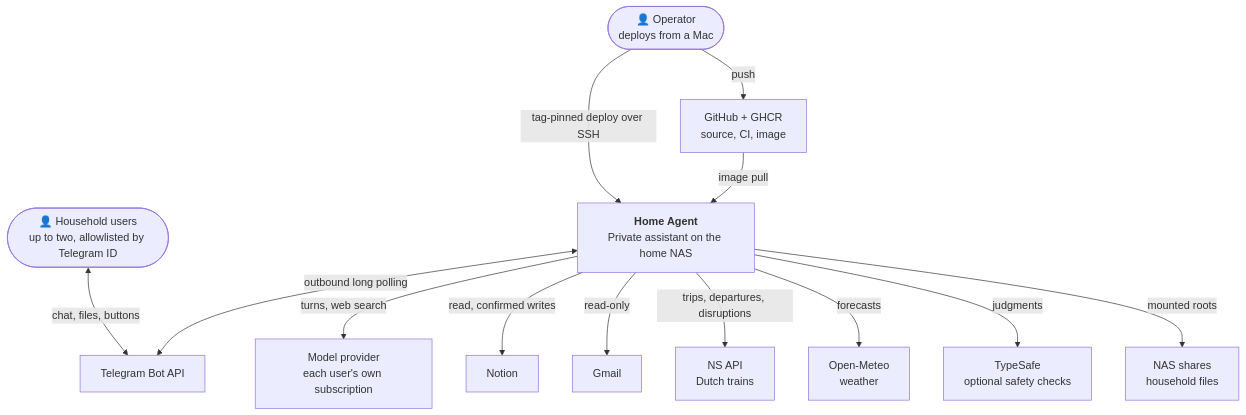
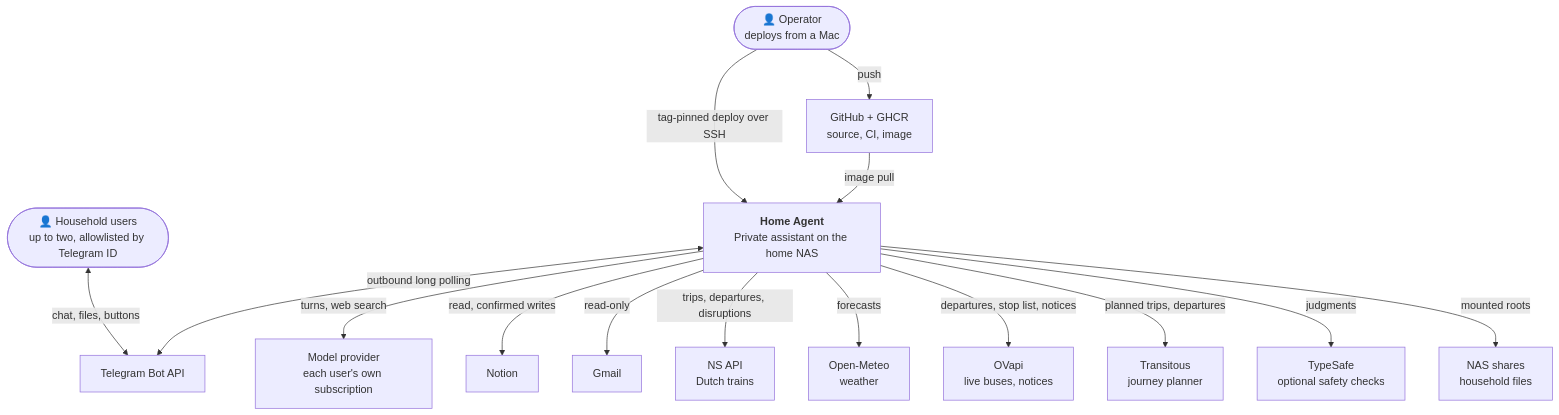
Before and after one commit to vladar107/home-ai-assistant: the first of 3 diagrams in docs/architecture.md, drawn with Mermaid. The commit also changed other lines of this file and 33 other files, not shown here.

First line of the commit message:
feat: live bus departures, trips, and disruption notices

````diff
--- a/docs/architecture.md
+++ b/docs/architecture.md
@@ -9,30 +9,34 @@
 ```mermaid
 flowchart TB
     users(["👤 Household users<br/>up to two, allowlisted by Telegram ID"])
     operator(["👤 Operator<br/>deploys from a Mac"])
 
     agent["<b>Home Agent</b><br/>Private assistant on the home NAS"]
 
     telegram["Telegram Bot API"]
     model["Model provider<br/>each user's own subscription"]
     notion["Notion"]
     gmail["Gmail"]
     ns["NS API<br/>Dutch trains"]
     meteo["Open-Meteo<br/>weather"]
+    ovapi["OVapi<br/>live buses, notices"]
+    transitous["Transitous<br/>journey planner"]
     typesafe["TypeSafe<br/>optional safety checks"]
     nasfiles["NAS shares<br/>household files"]
     ghcr["GitHub + GHCR<br/>source, CI, image"]
 
     users <-->|chat, files, buttons| telegram
     agent <-->|outbound long polling| telegram
     agent -->|turns, web search| model
     agent -->|read, confirmed writes| notion
     agent -->|read-only| gmail
     agent -->|trips, departures, disruptions| ns
     agent -->|forecasts| meteo
+    agent -->|departures, stop list, notices| ovapi
+    agent -->|planned trips, departures| transitous
     agent -->|judgments| typesafe
     agent -->|mounted roots| nasfiles
     operator -->|push| ghcr
     operator -->|tag-pinned deploy over SSH| agent
     ghcr -->|image pull| agent
 ```
````
